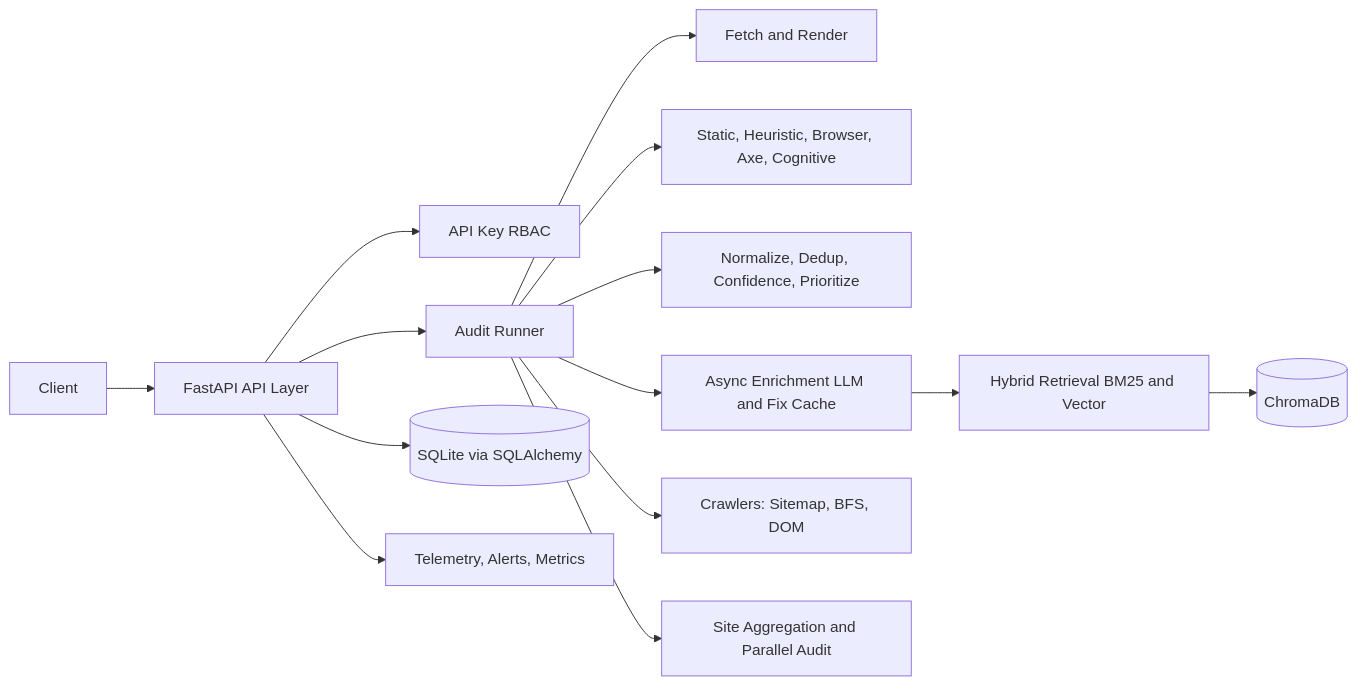
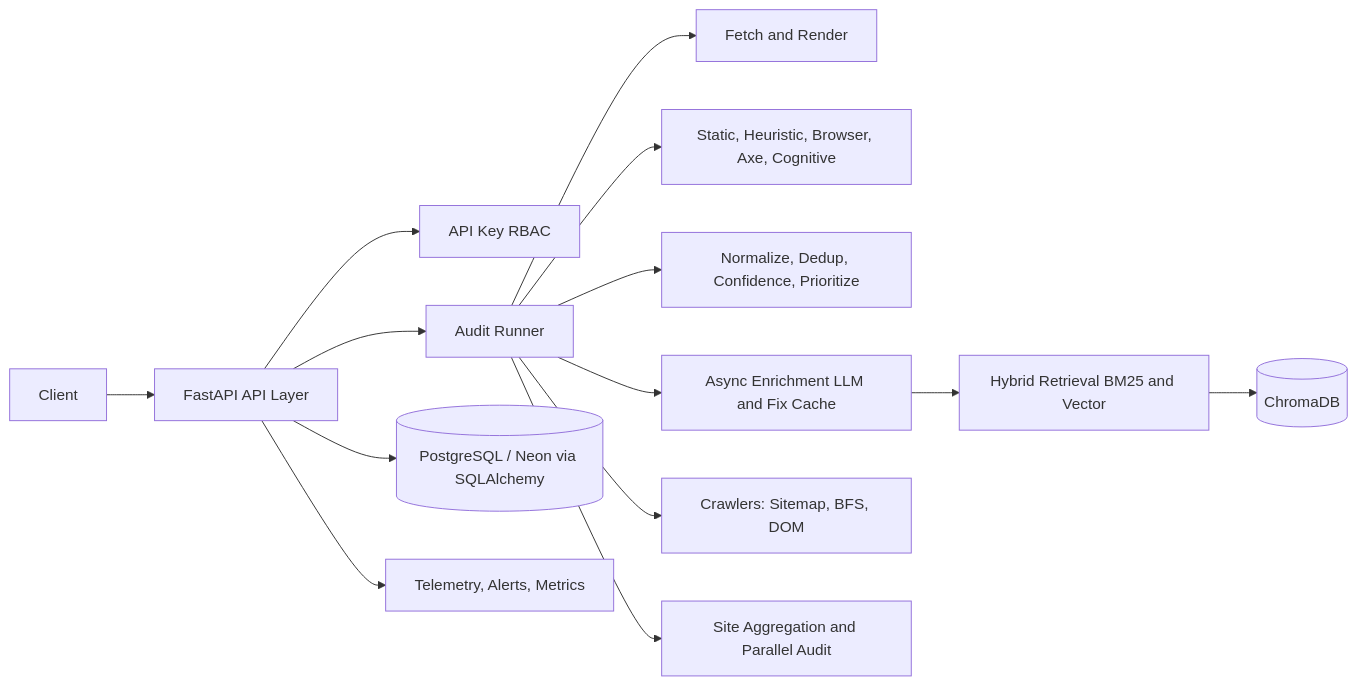
The diagram in README.md (WillyEverGreen/BEACON), drawn with Mermaid before and after one commit. The commit also changed other lines of this file and 22 other files, not shown here.

````diff
--- a/README.md
+++ b/README.md
@@ -56,20 +69,20 @@
 ```mermaid
 flowchart LR
     C[Client] --> API[FastAPI API Layer]
     API --> AUTH[API Key RBAC]
     API --> RUN[Audit Runner]
 
     RUN --> FETCH[Fetch and Render]
     RUN --> ENGINES[Static, Heuristic, Browser, Axe, Cognitive]
     RUN --> SCORE[Normalize, Dedup, Confidence, Prioritize]
     RUN --> ENRICH[Async Enrichment LLM and Fix Cache]
 
     RUN --> CRAWL[Crawlers: Sitemap, BFS, DOM]
     RUN --> SITE[Site Aggregation and Parallel Audit]
 
     ENRICH --> RAG[Hybrid Retrieval BM25 and Vector]
     RAG --> VDB[(ChromaDB)]
 
-    API --> DB[(SQLite via SQLAlchemy)]
+    API --> DB[(PostgreSQL / Neon via SQLAlchemy)]
     API --> OBS[Telemetry, Alerts, Metrics]
 ```
````
